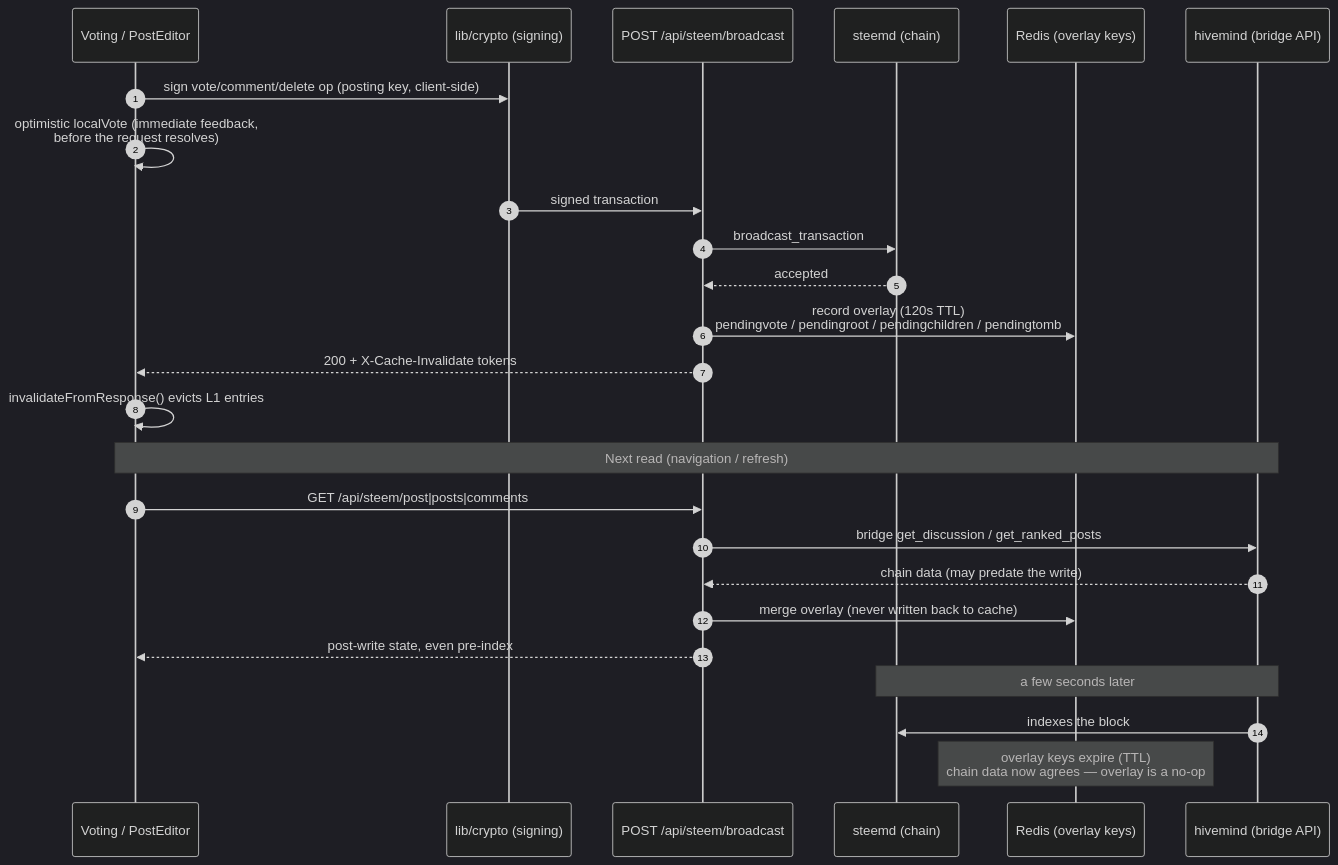
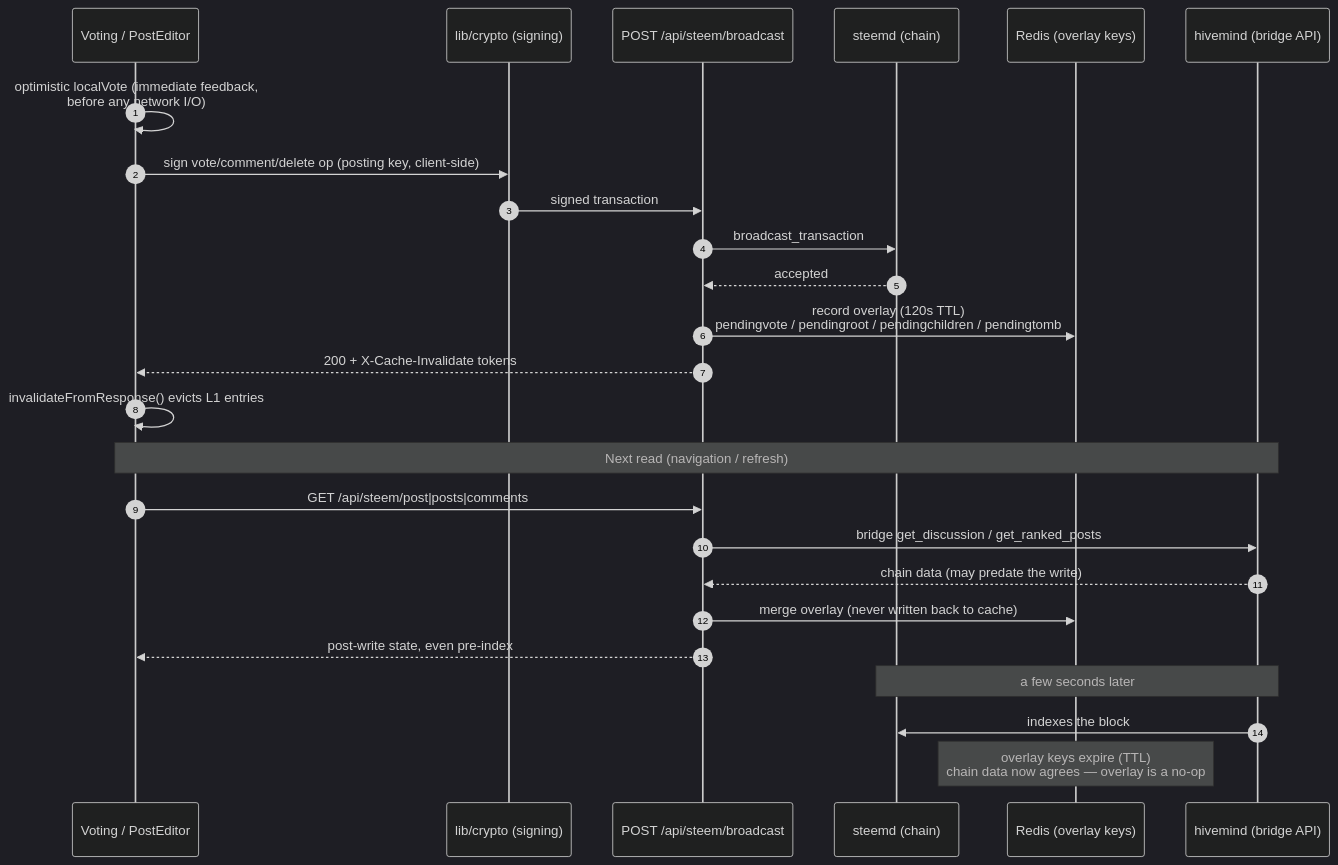
The first of 3 diagrams in docs/VOTE_STATE_FLOW.md (steemit/condenser), drawn with Mermaid (dark theme) before and after one commit.

Commit message:
docs: order optimistic localVote before signing in the sequence diagram

````diff
--- a/docs/VOTE_STATE_FLOW.md
+++ b/docs/VOTE_STATE_FLOW.md
@@ -22,30 +22,30 @@
 ```mermaid
 sequenceDiagram
     autonumber
     participant UI as Voting / PostEditor
     participant C as lib/crypto (signing)
     participant B as POST /api/steem/broadcast
     participant D as steemd (chain)
     participant R as Redis (overlay keys)
     participant H as hivemind (bridge API)
 
+    UI->>UI: optimistic localVote (immediate feedback,<br/>before any network I/O)
     UI->>C: sign vote/comment/delete op (posting key, client-side)
-    UI->>UI: optimistic localVote (immediate feedback,<br/>before the request resolves)
     C->>B: signed transaction
     B->>D: broadcast_transaction
     D-->>B: accepted
     B->>R: record overlay (120s TTL)<br/>pendingvote / pendingroot / pendingchildren / pendingtomb
     B-->>UI: 200 + X-Cache-Invalidate tokens
     UI->>UI: invalidateFromResponse() evicts L1 entries
 
     Note over UI,H: Next read (navigation / refresh)
     UI->>B: GET /api/steem/post|posts|comments
     B->>H: bridge get_discussion / get_ranked_posts
     H-->>B: chain data (may predate the write)
     B->>R: merge overlay (never written back to cache)
     B-->>UI: post-write state, even pre-index
 
     Note over D,H: a few seconds later
     H->>D: indexes the block
     Note over R: overlay keys expire (TTL)<br/>chain data now agrees — overlay is a no-op
 ```
````
